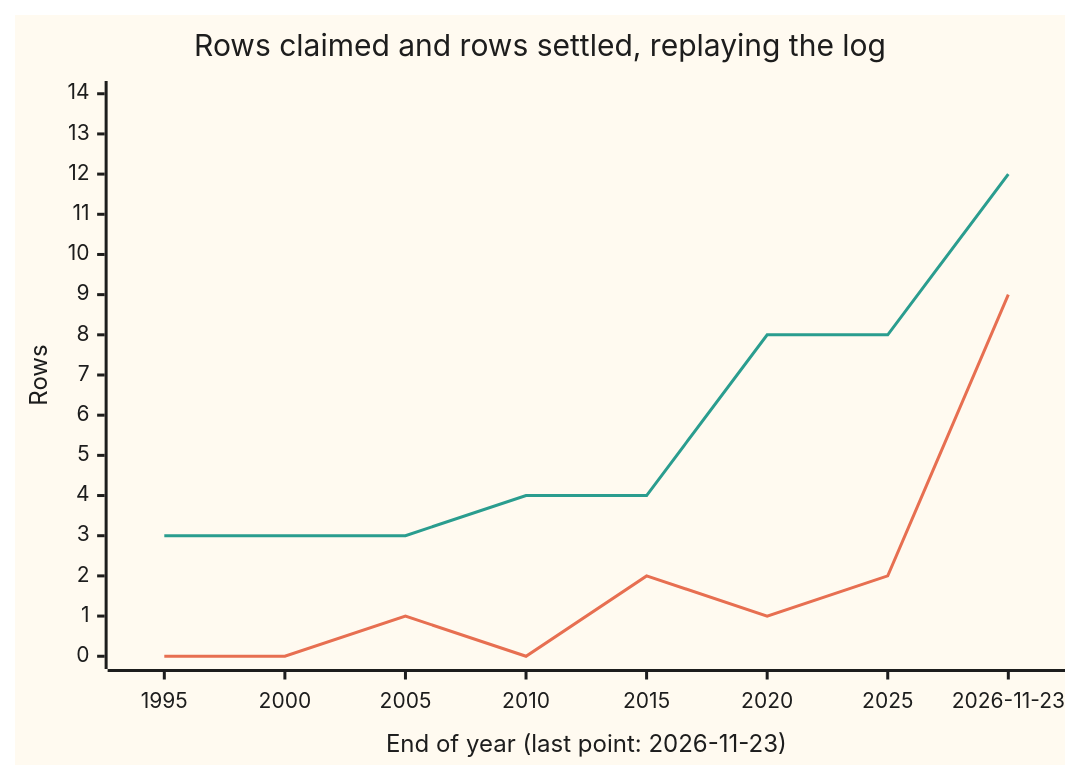
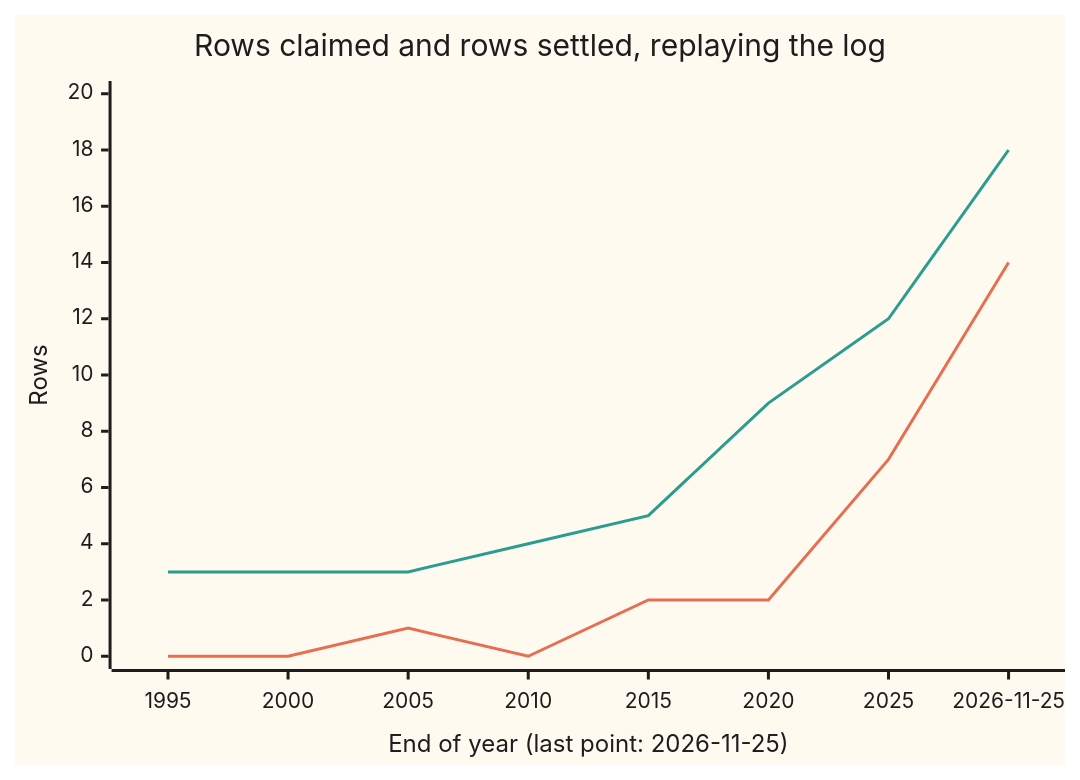
The second of 2 diagrams in Cards/25-Frontier/07-Physics, Finance and Machines/05-the-status-register.md (wappy-x/Mathematics), drawn with Mermaid before and after one commit. The commit also changed other lines of this file and 3 other files, not shown here.

````diff
--- a/Cards/25-Frontier/07-Physics, Finance and Machines/05-the-status-register.md
+++ b/Cards/25-Frontier/07-Physics, Finance and Machines/05-the-status-register.md
@@ -265,9 +293,9 @@
 ```mermaid
 %%{init: {"theme": "base", "themeVariables": {"xyChart": {"backgroundColor": "#fffaf0", "titleColor": "#1d1d1d", "xAxisLabelColor": "#1d1d1d", "xAxisTitleColor": "#1d1d1d", "xAxisTickColor": "#1d1d1d", "xAxisLineColor": "#1d1d1d", "yAxisLabelColor": "#1d1d1d", "yAxisTitleColor": "#1d1d1d", "yAxisTickColor": "#1d1d1d", "yAxisLineColor": "#1d1d1d", "plotColorPalette": "#e76f51, #2a9d8f, #264653"}}}}%%
 xychart-beta
     title "Rows claimed and rows settled, replaying the log"
-    x-axis "End of year (last point: 2026-11-23)" ["1995", "2000", "2005", "2010", "2015", "2020", "2025", "2026-11-23"]
-    y-axis "Rows" 0 --> 14
-    line [0, 0, 1, 0, 2, 1, 2, 9]
-    line [3, 3, 3, 4, 4, 8, 8, 12]
+    x-axis "End of year (last point: 2026-11-25)" ["1995", "2000", "2005", "2010", "2015", "2020", "2025", "2026-11-25"]
+    y-axis "Rows" 0 --> 20
+    line [0, 0, 1, 0, 2, 2, 7, 14]
+    line [3, 3, 3, 4, 5, 9, 12, 18]
 ```
````
